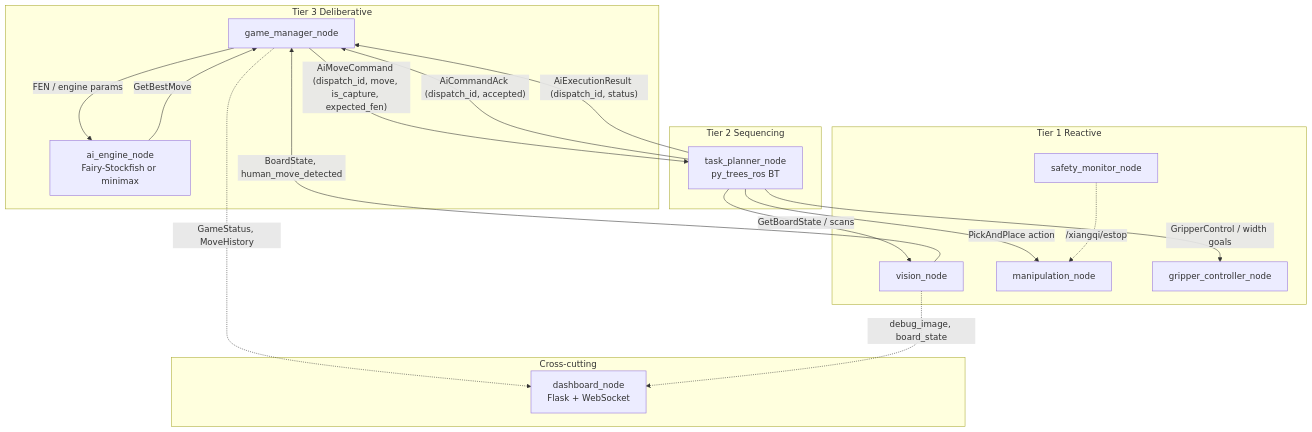
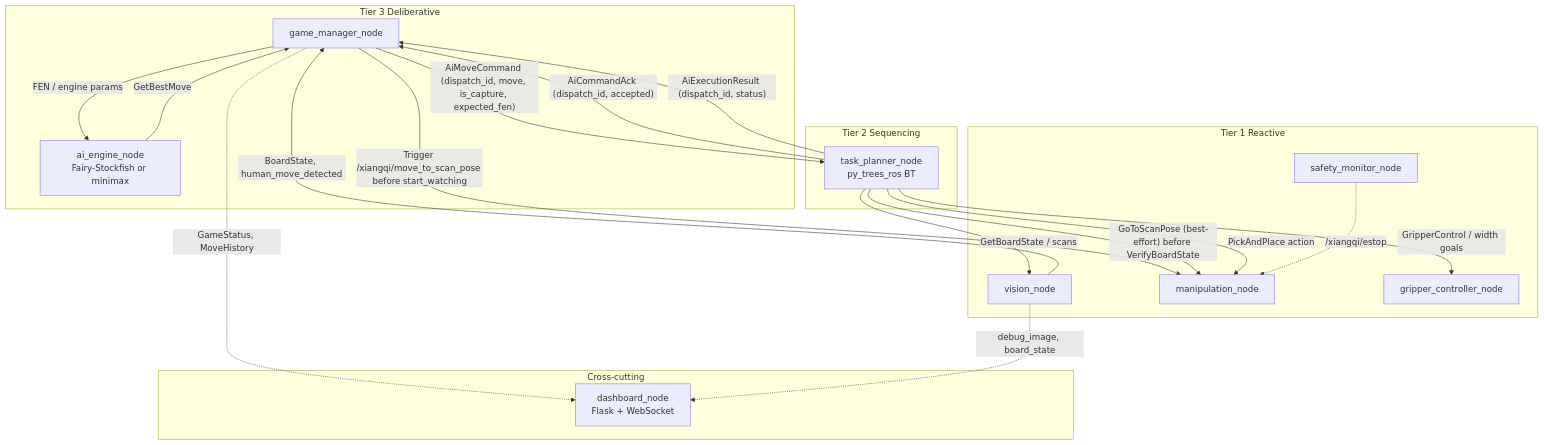
The diagram in README.md (giatinhuynh/par_ur5e_xiangqi), drawn with Mermaid before and after one commit. The commit also changed other lines of this file and 1 other file, not shown here.

Commit message:
Enhance README documentation to include details on scan-pose gating for wrist-camera setups. Clarify the integration of scan timing with the planner and game manager, and outline the behavior of the system when calibration data is available or missing. Update vision documentation to reflect the coordination of arm motion and turn detection processes in relation to scan poses.

````diff
--- a/README.md
+++ b/README.md
@@ -48,35 +50,37 @@
 ```mermaid
 graph TB
   subgraph deliberative [Tier 3 Deliberative]
     GameManager["game_manager_node"]
     AIEngine["ai_engine_node<br/>Fairy-Stockfish or minimax"]
   end
 
   subgraph sequencing [Tier 2 Sequencing]
     TaskPlanner["task_planner_node<br/>py_trees_ros BT"]
   end
 
   subgraph reactive [Tier 1 Reactive]
     VisionNode["vision_node"]
     ManipNode["manipulation_node"]
     GripperNode["gripper_controller_node"]
     SafetyNode["safety_monitor_node"]
   end
 
   subgraph crosscutting [Cross-cutting]
     Dashboard["dashboard_node<br/>Flask + WebSocket"]
   end
 
   GameManager -->|"AiMoveCommand (dispatch_id, move, is_capture, expected_fen)"| TaskPlanner
   TaskPlanner -->|"AiCommandAck (dispatch_id, accepted)"| GameManager
   TaskPlanner -->|"AiExecutionResult (dispatch_id, status)"| GameManager
+  GameManager -->|"Trigger /xiangqi/move_to_scan_pose before start_watching"| ManipNode
+  TaskPlanner -->|"GoToScanPose (best-effort) before VerifyBoardState"| ManipNode
   AIEngine -->|"GetBestMove"| GameManager
   GameManager -->|"FEN / engine params"| AIEngine
   VisionNode -->|"BoardState, human_move_detected"| GameManager
   TaskPlanner -->|"PickAndPlace action"| ManipNode
   TaskPlanner -->|"GripperControl / width goals"| GripperNode
   TaskPlanner -->|"GetBoardState / scans"| VisionNode
   SafetyNode -.->|"/xiangqi/estop"| ManipNode
   GameManager -.->|"GameStatus, MoveHistory"| Dashboard
   VisionNode -.->|"debug_image, board_state"| Dashboard
 ```
````
